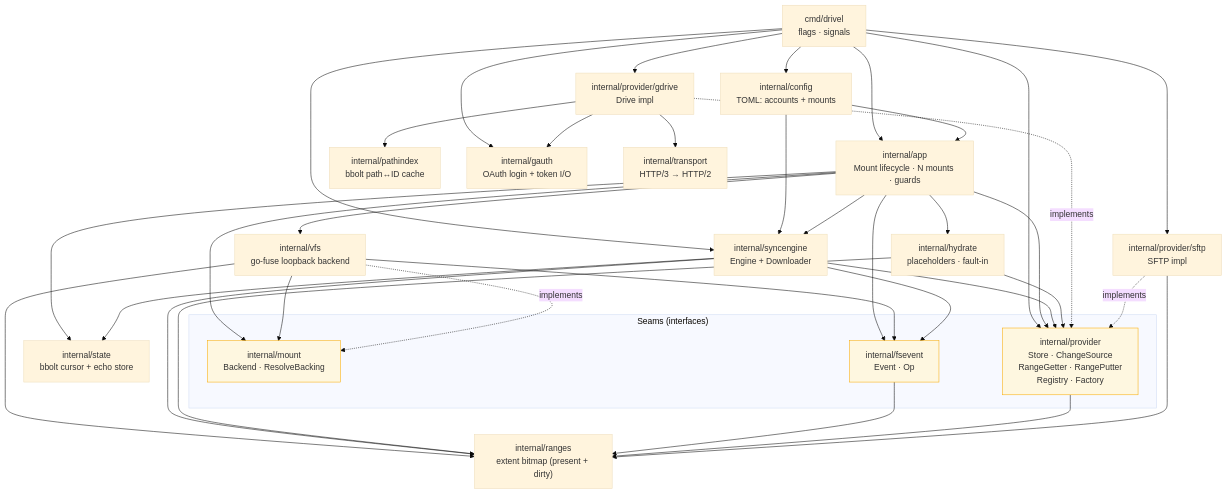
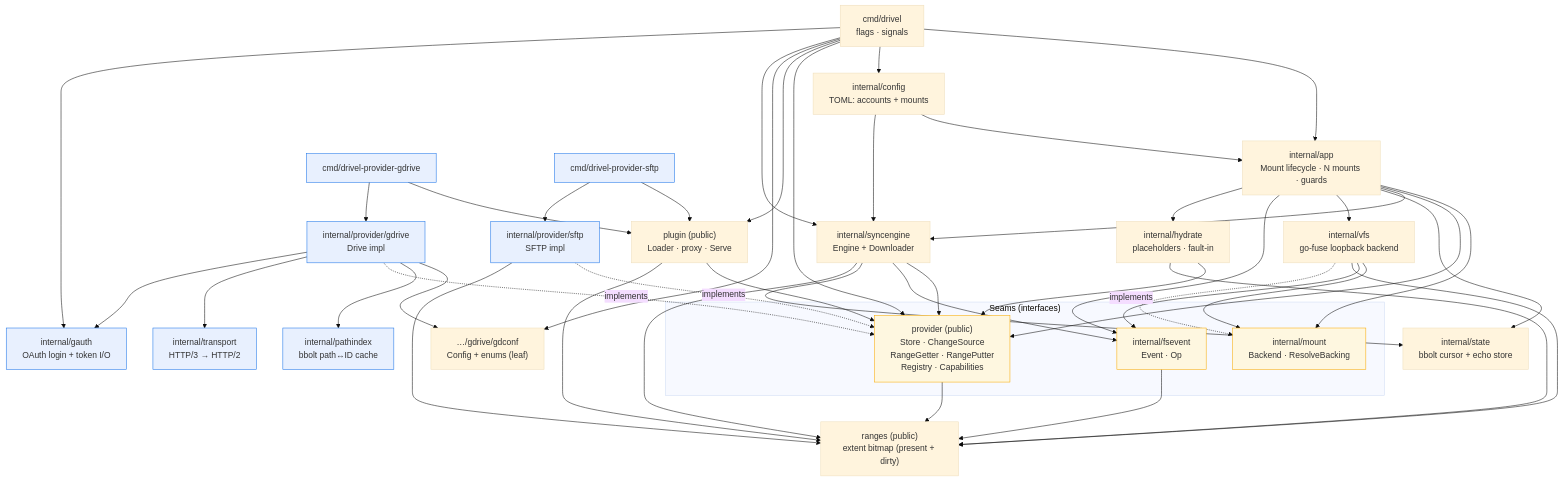
The second of 2 diagrams in docs/dev/architecture.md (syshlted/drivel), drawn with Mermaid (base theme) before and after one commit. The commit also changed other lines of this file and 113 other files, not shown here.

````diff
--- a/docs/dev/architecture.md
+++ b/docs/dev/architecture.md
@@ -112,7 +121,7 @@
 
     subgraph seams["Seams (interfaces)"]
         mount["internal/mount<br/>Backend · ResolveBacking"]
-        provider["internal/provider<br/>Store · ChangeSource<br/>RangeGetter · RangePutter<br/>Registry · Factory"]
+        provider["provider (public)<br/>Store · ChangeSource<br/>RangeGetter · RangePutter<br/>Registry · Capabilities"]
         fsevent["internal/fsevent<br/>Event · Op"]
     end
 
@@ -120,9 +129,13 @@
     syncengine["internal/syncengine<br/>Engine + Downloader"]
     state["internal/state<br/>bbolt cursor + echo store"]
     hydrate["internal/hydrate<br/>placeholders · fault-in"]
-    rangespkg["internal/ranges<br/>extent bitmap (present + dirty)"]
+    rangespkg["ranges (public)<br/>extent bitmap (present + dirty)"]
+    pluginpkg["plugin (public)<br/>Loader · proxy · Serve"]
     gdrive["internal/provider/gdrive<br/>Drive impl"]
+    gdconf["…/gdrive/gdconf<br/>Config + enums (leaf)"]
     sftppkg["internal/provider/sftp<br/>SFTP impl"]
+    gdrivecmd["cmd/drivel-provider-gdrive"]
+    sftpcmd["cmd/drivel-provider-sftp"]
     pathindex["internal/pathindex<br/>bbolt path↔ID cache"]
     gauth["internal/gauth<br/>OAuth login + token I/O"]
     transport["internal/transport<br/>HTTP/3 → HTTP/2"]
@@ -130,10 +143,19 @@
     main --> app
     main --> config
     main --> provider
-    main --> gdrive
-    main --> sftppkg
+    main --> pluginpkg
+    main --> gdconf
     main --> syncengine
     main --> gauth
+
+    pluginpkg --> provider
+    pluginpkg --> rangespkg
+
+    gdrivecmd --> pluginpkg
+    gdrivecmd --> gdrive
+    sftpcmd --> pluginpkg
+    sftpcmd --> sftppkg
+    gdrive --> gdconf
 
     config --> app
     config --> syncengine
@@ -174,4 +196,6 @@
 
     classDef seam fill:#fef7e0,stroke:#f9ab00;
     class mount,provider,fsevent seam;
+    classDef proc fill:#e8f0fe,stroke:#1a73e8;
+    class gdrivecmd,sftpcmd,gdrive,sftppkg,pathindex,transport,gauth proc;
 ```
````
